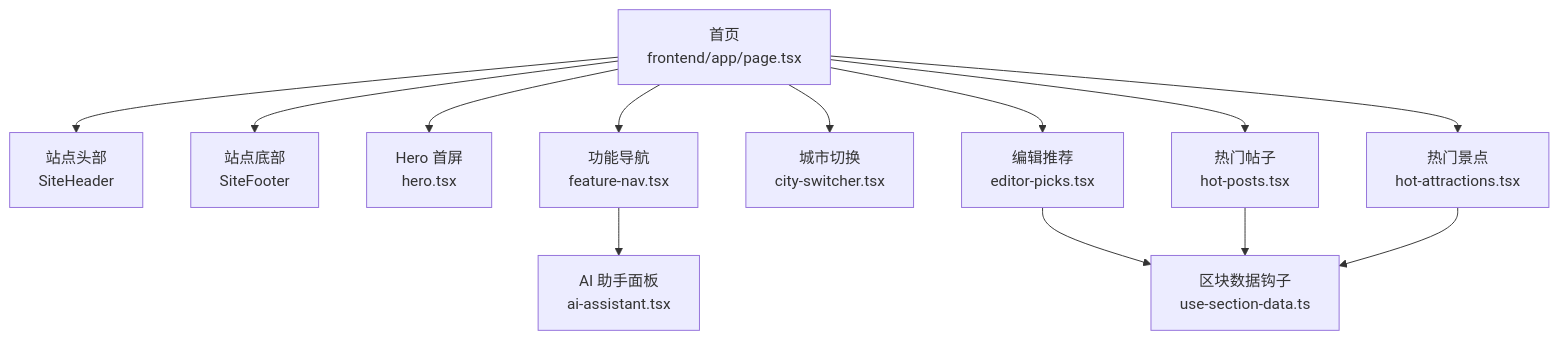
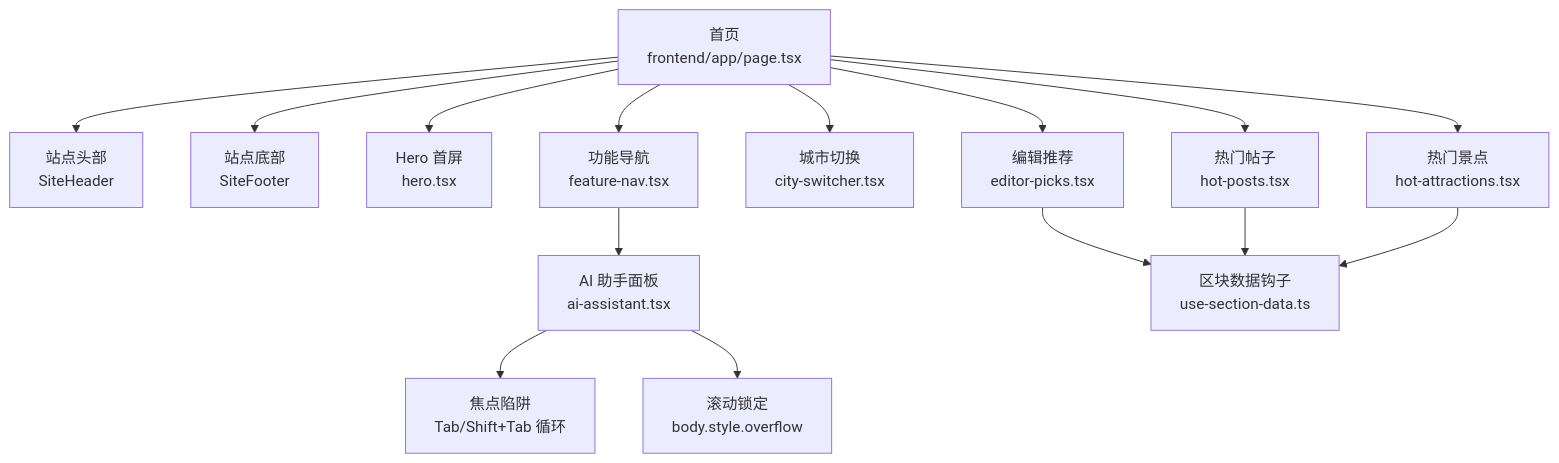
One commit to luyitiger6/my-first-project changed the first of 11 diagrams in .qoder/repowiki/zh/content/规格驱动开发/WanderChain 首页规格文档.md. Above: the diagram before and after it, drawn with Mermaid. The commit also changed other lines of this file and 32 other files, not shown here.

````diff
--- a/.qoder/repowiki/zh/content/规格驱动开发/WanderChain 首页规格文档.md
+++ b/.qoder/repowiki/zh/content/规格驱动开发/WanderChain 首页规格文档.md
@@ -62,15 +69,17 @@
 ```mermaid
 graph TB
 Home["首页<br/>frontend/app/page.tsx"] --> Header["站点头部<br/>SiteHeader"]
 Home --> Footer["站点底部<br/>SiteFooter"]
 Home --> Hero["Hero 首屏<br/>hero.tsx"]
 Home --> FeatureNav["功能导航<br/>feature-nav.tsx"]
 Home --> CitySwitcher["城市切换<br/>city-switcher.tsx"]
 Home --> EditorPicks["编辑推荐<br/>editor-picks.tsx"]
 Home --> HotPosts["热门帖子<br/>hot-posts.tsx"]
 Home --> HotAttractions["热门景点<br/>hot-attractions.tsx"]
 FeatureNav --> AiAssistant["AI 助手面板<br/>ai-assistant.tsx"]
 EditorPicks --> UseSection["区块数据钩子<br/>use-section-data.ts"]
 HotPosts --> UseSection
 HotAttractions --> UseSection
+AiAssistant --> FocusTrap["焦点陷阱<br/>Tab/Shift+Tab 循环"]
+AiAssistant --> ScrollLock["滚动锁定<br/>body.style.overflow"]
 ```
````
